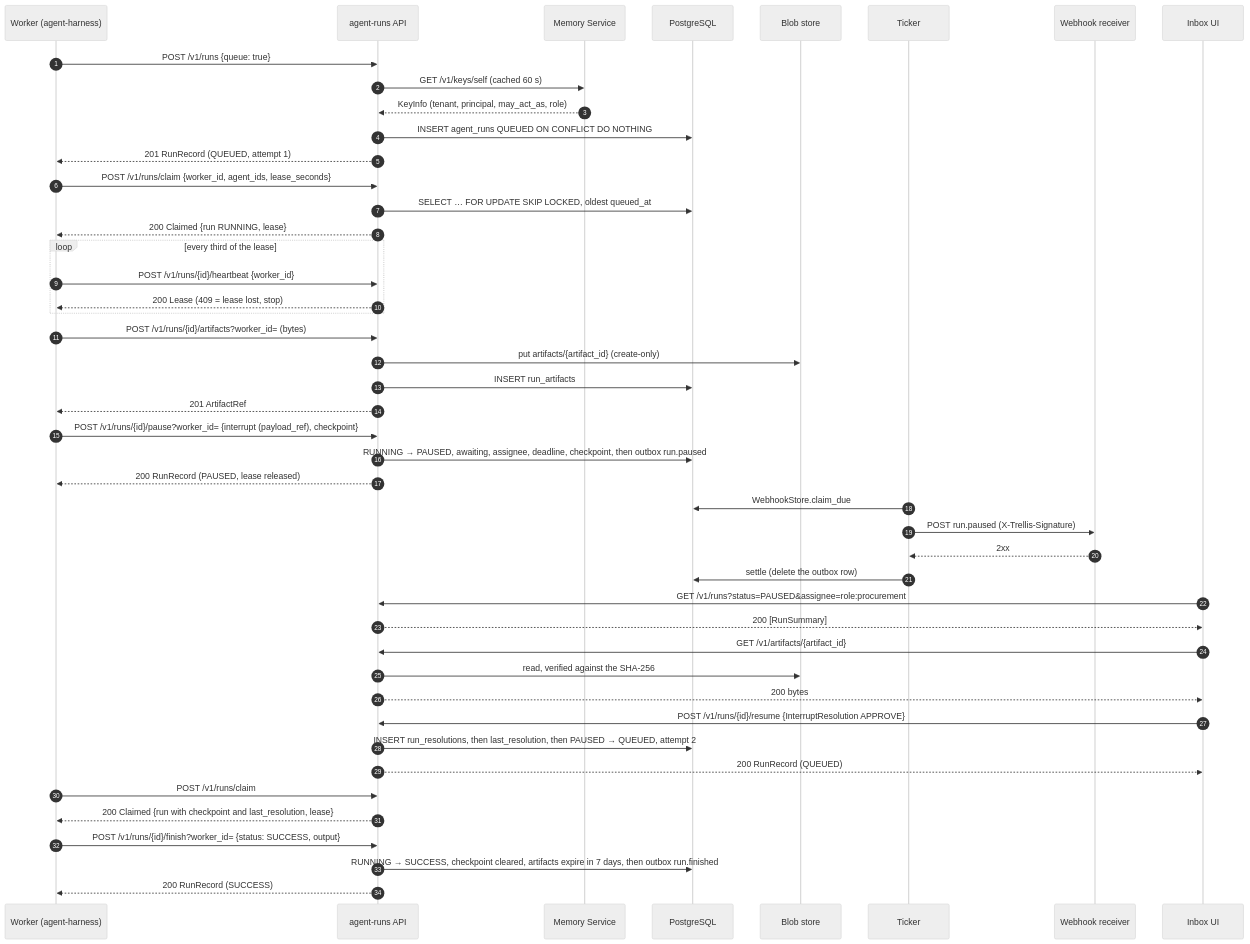
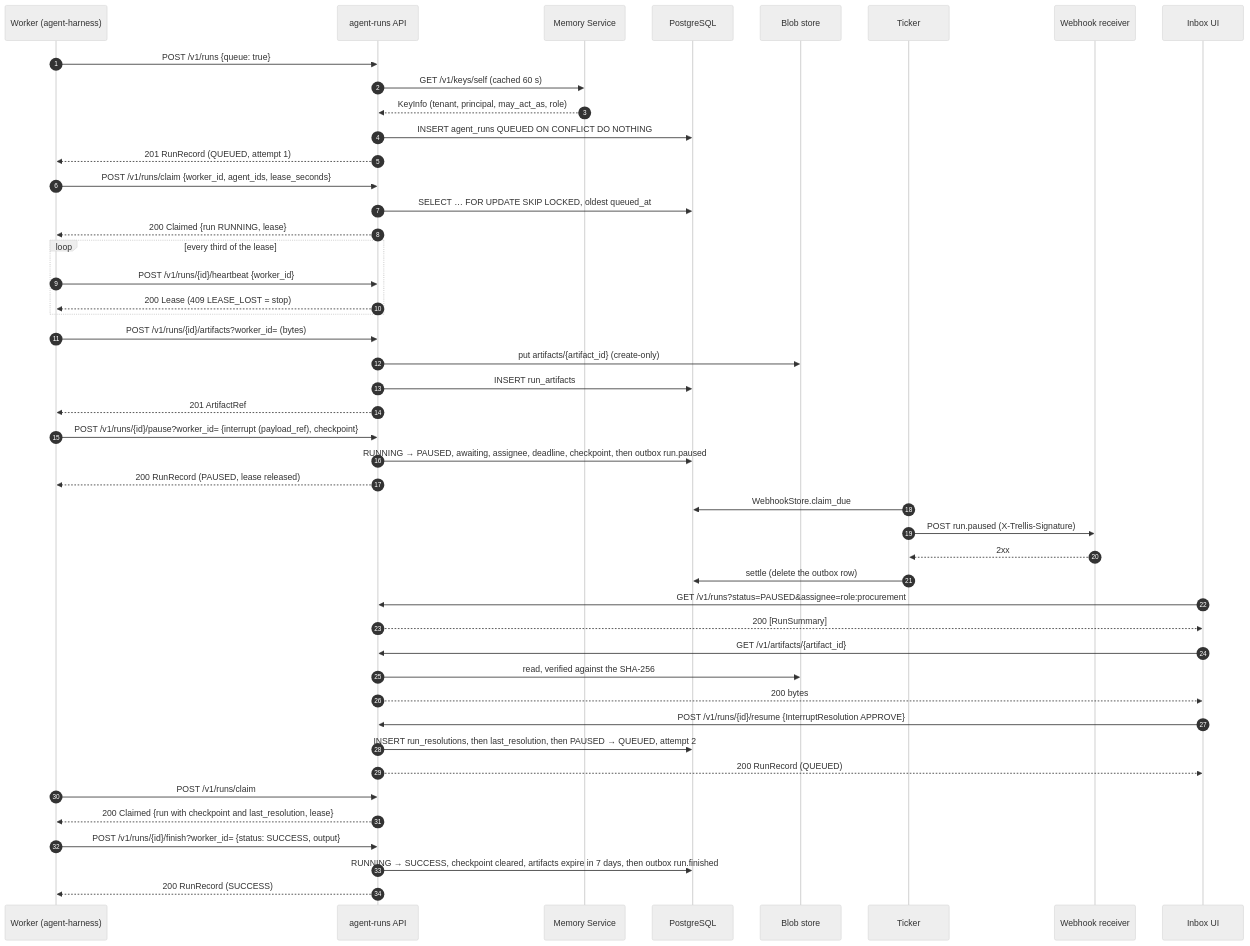
Before and after one commit to amitmohapatra/agent-runs: the third of 5 diagrams in docs/ARCHITECTURE.md, drawn with Mermaid (neutral theme). The commit also changed other lines of this file and 24 other files, not shown here.

````diff
--- a/docs/ARCHITECTURE.md
+++ b/docs/ARCHITECTURE.md
@@ -138,54 +146,54 @@
 ```mermaid
 sequenceDiagram
   autonumber
   participant W as Worker (agent-harness)
   participant A as agent-runs API
   participant M as Memory Service
   participant DB as PostgreSQL
   participant B as Blob store
   participant T as Ticker
   participant R as Webhook receiver
   participant U as Inbox UI
 
   W->>A: POST /v1/runs {queue: true}
   A->>M: GET /v1/keys/self (cached 60 s)
   M-->>A: KeyInfo (tenant, principal, may_act_as, role)
   A->>DB: INSERT agent_runs QUEUED ON CONFLICT DO NOTHING
   A-->>W: 201 RunRecord (QUEUED, attempt 1)
 
   W->>A: POST /v1/runs/claim {worker_id, agent_ids, lease_seconds}
   A->>DB: SELECT … FOR UPDATE SKIP LOCKED, oldest queued_at
   A-->>W: 200 Claimed {run RUNNING, lease}
   loop every third of the lease
     W->>A: POST /v1/runs/{id}/heartbeat {worker_id}
-    A-->>W: 200 Lease (409 = lease lost, stop)
+    A-->>W: 200 Lease (409 LEASE_LOST = stop)
   end
 
   W->>A: POST /v1/runs/{id}/artifacts?worker_id= (bytes)
   A->>B: put artifacts/{artifact_id} (create-only)
   A->>DB: INSERT run_artifacts
   A-->>W: 201 ArtifactRef
   W->>A: POST /v1/runs/{id}/pause?worker_id= {interrupt (payload_ref), checkpoint}
   A->>DB: RUNNING → PAUSED, awaiting, assignee, deadline, checkpoint, then outbox run.paused
   A-->>W: 200 RunRecord (PAUSED, lease released)
 
   T->>DB: WebhookStore.claim_due
   T->>R: POST run.paused (X-Trellis-Signature)
   R-->>T: 2xx
   T->>DB: settle (delete the outbox row)
 
   U->>A: GET /v1/runs?status=PAUSED&assignee=role:procurement
   A-->>U: 200 [RunSummary]
   U->>A: GET /v1/artifacts/{artifact_id}
   A->>B: read, verified against the SHA-256
   A-->>U: 200 bytes
   U->>A: POST /v1/runs/{id}/resume {InterruptResolution APPROVE}
   A->>DB: INSERT run_resolutions, then last_resolution, then PAUSED → QUEUED, attempt 2
   A-->>U: 200 RunRecord (QUEUED)
 
   W->>A: POST /v1/runs/claim
   A-->>W: 200 Claimed {run with checkpoint and last_resolution, lease}
   W->>A: POST /v1/runs/{id}/finish?worker_id= {status: SUCCESS, output}
   A->>DB: RUNNING → SUCCESS, checkpoint cleared, artifacts expire in 7 days, then outbox run.finished
   A-->>W: 200 RunRecord (SUCCESS)
 ```
````
